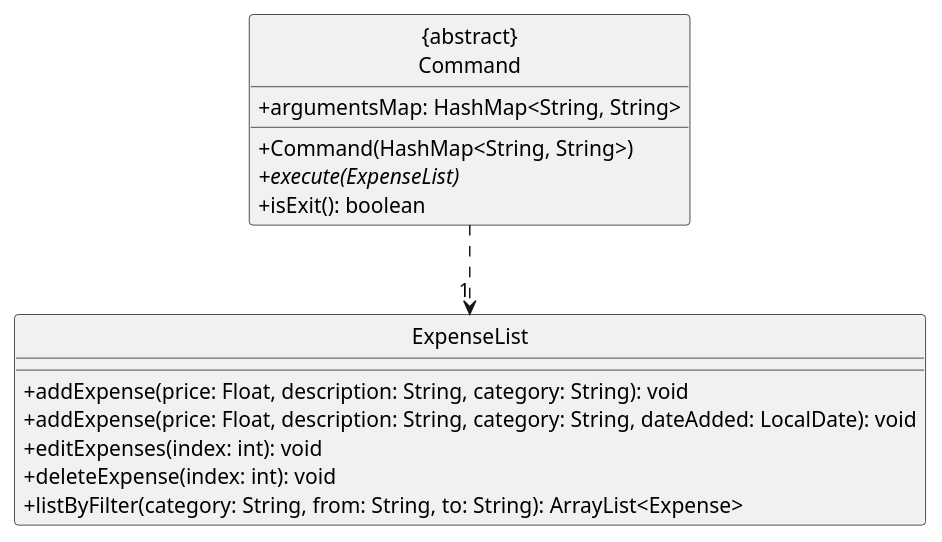
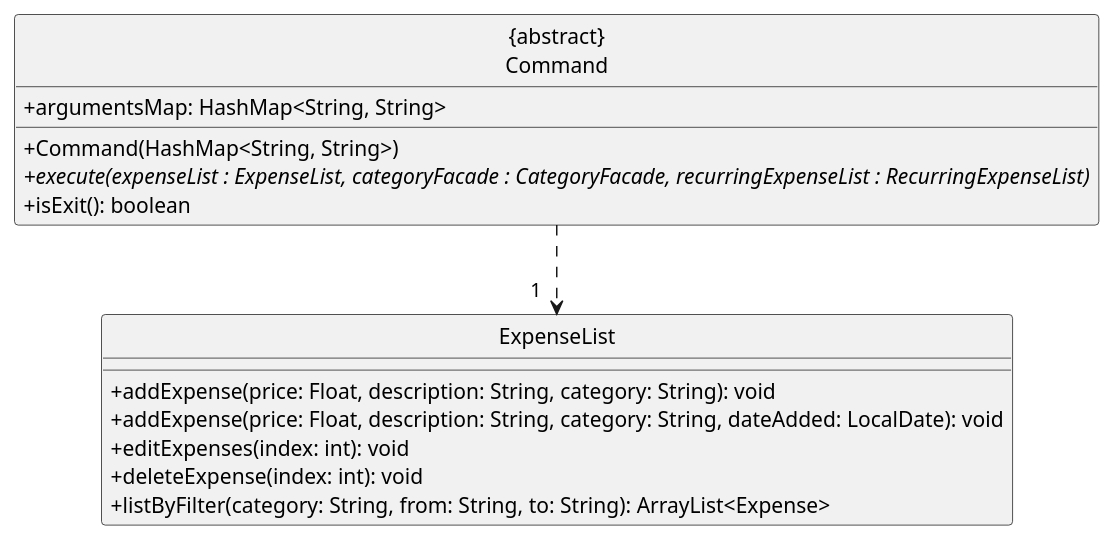
The diagram in docs/diagrams/plantuml/CommandAndExpenseList.puml (nus-cs2113-AY2425S1/tp), drawn with PlantUML before and after one commit. The commit also changed 1 other file, not shown here.

```diff
--- a/docs/diagrams/plantuml/CommandAndExpenseList.puml
+++ b/docs/diagrams/plantuml/CommandAndExpenseList.puml
@@ -1,21 +1,21 @@
 @startuml
 skinparam classAttributeIconSize 0
 hide circle
 
 class "{abstract}\nCommand" {
     +argumentsMap: HashMap<String, String>
     +Command(HashMap<String, String>)
-    +execute(ExpenseList) {abstract}
+    +execute(expenseList : ExpenseList, categoryFacade : CategoryFacade, recurringExpenseList : RecurringExpenseList) {abstract}
     +isExit(): boolean
 }
 
 class ExpenseList {
     +addExpense(price: Float, description: String, category: String): void
     +addExpense(price: Float, description: String, category: String, dateAdded: LocalDate): void
     +editExpenses(index: int): void
     +deleteExpense(index: int): void
     +listByFilter(category: String, from: String, to: String): ArrayList<Expense>
 }
 
-"{abstract}\nCommand" .down.> "1" ExpenseList
+"{abstract}\nCommand" .down.> " 1   " ExpenseList
 @enduml
```
